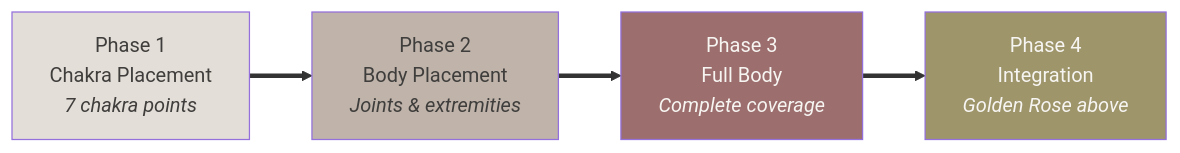
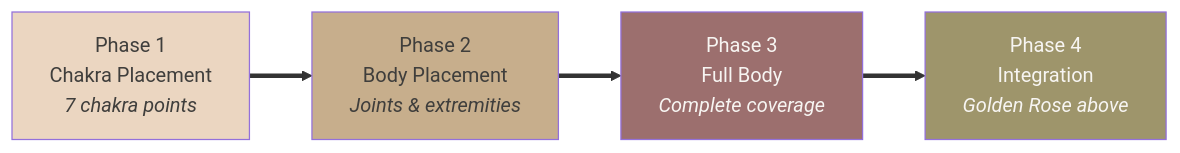
One commit to Light-Brands/roses-os changed diagram 16 of 28 in docs/brand/brand-dna.md. Above: the diagram before and after it, drawn with Mermaid. The commit also changed other lines of this file and 2 other files, not shown here.

````diff
--- a/docs/brand/brand-dna.md
+++ b/docs/brand/brand-dna.md
@@ -926,14 +926,14 @@
 ```mermaid
 graph LR
     P1["Phase 1<br/>Chakra Placement<br/><i>7 chakra points</i>"]
     P2["Phase 2<br/>Body Placement<br/><i>Joints & extremities</i>"]
     P3["Phase 3<br/>Full Body<br/><i>Complete coverage</i>"]
     P4["Phase 4<br/>Integration<br/><i>Golden Rose above</i>"]
 
     P1 ==> P2 ==> P3 ==> P4
 
-    style P1 fill:#E4DED8,color:#3F3E3C
-    style P2 fill:#BFB3AA,color:#3F3E3C
+    style P1 fill:#EBD6C1,color:#3F3E3C
+    style P2 fill:#C7AE8C,color:#3F3E3C
     style P3 fill:#9C6F6E,color:#F7F5F2
     style P4 fill:#9E956B,color:#F7F5F2
 ```
````
